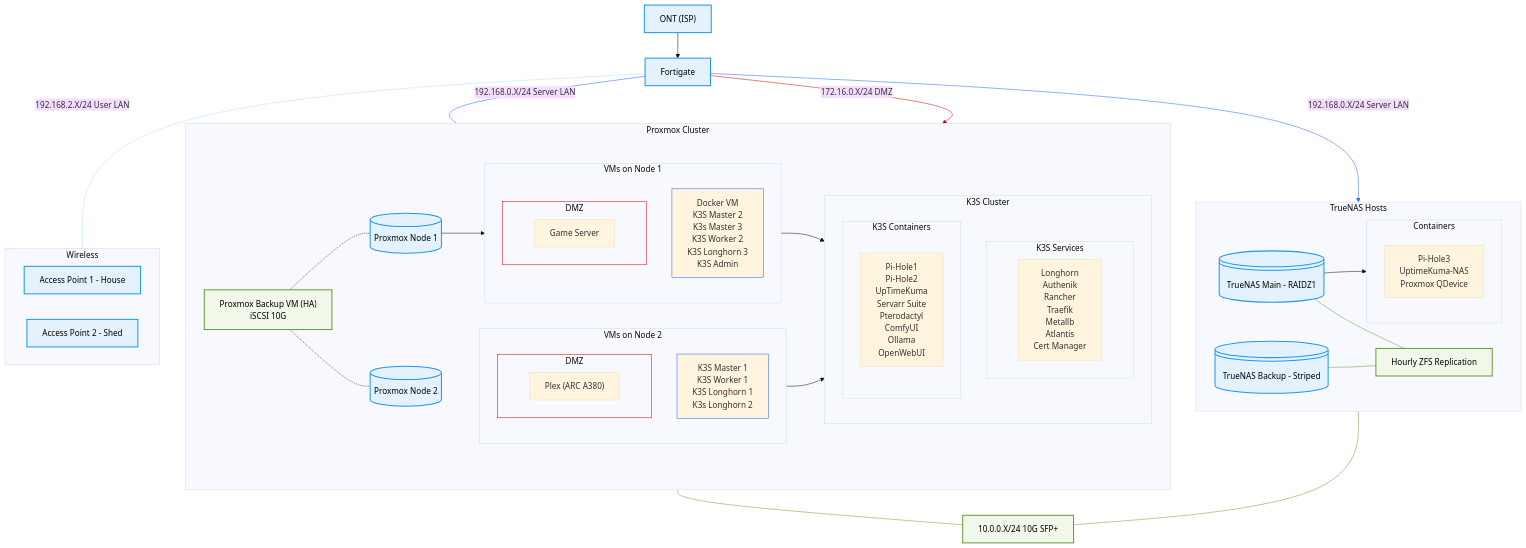
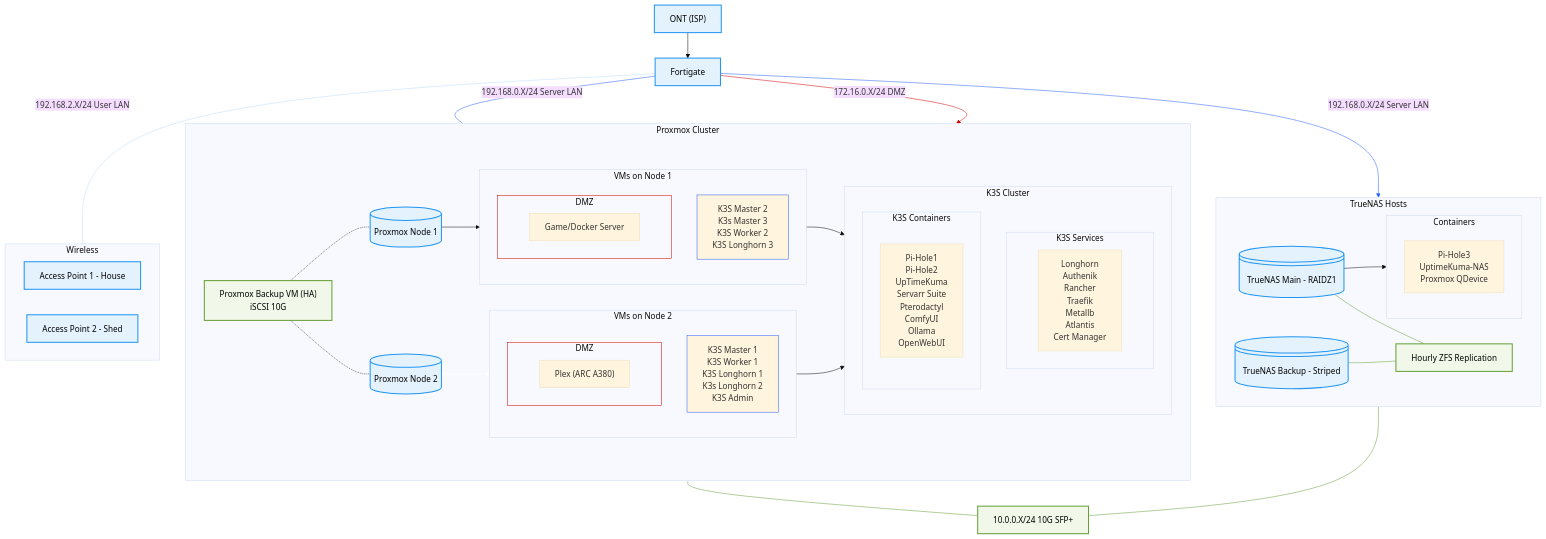
The diagram in README.md (rbmfullerton-ca/homelab), drawn with Mermaid (base theme) before and after one commit.

````diff
--- a/README.md
+++ b/README.md
@@ -19,14 +19,14 @@
 ```mermaid
 flowchart TD
  subgraph PX1VMs["VMs on Node 1"]
-        PX1VM["Docker VM<br>K3S Master 2<br>K3s Master 3<br>K3S Worker 2<br>K3S Longhorn 3<br>K3S Admin"]
+        PX1VM["K3S Master 2<br>K3s Master 3<br>K3S Worker 2<br>K3S Longhorn 3"]
         PX1DMZ["PX1DMZ"]
   end
  subgraph PX1DMZ["DMZ"]
-        PX1VMDMZ["Game Server"]
+        PX1VMDMZ["Game/Docker Server"]
   end
  subgraph PX2VMs["VMs on Node 2"]
-        PX2VM["K3S Master 1<br>K3S Worker 1<br>K3S Longhorn 1<br>K3s Longhorn 2"]
+        PX2VM["K3S Master 1<br>K3S Worker 1<br>K3S Longhorn 1<br>K3s Longhorn 2<br>K3S Admin"]
         PX2DMZ["PX2DMZ"]
   end
  subgraph PX2DMZ["DMZ"]
````
